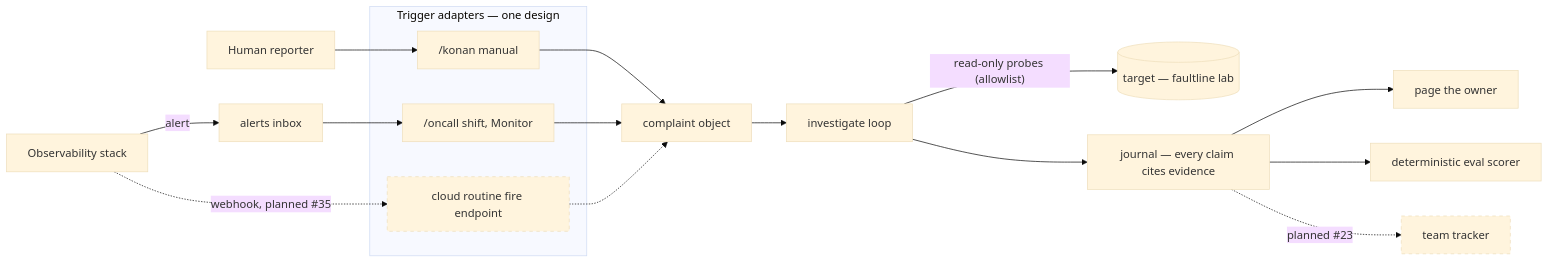
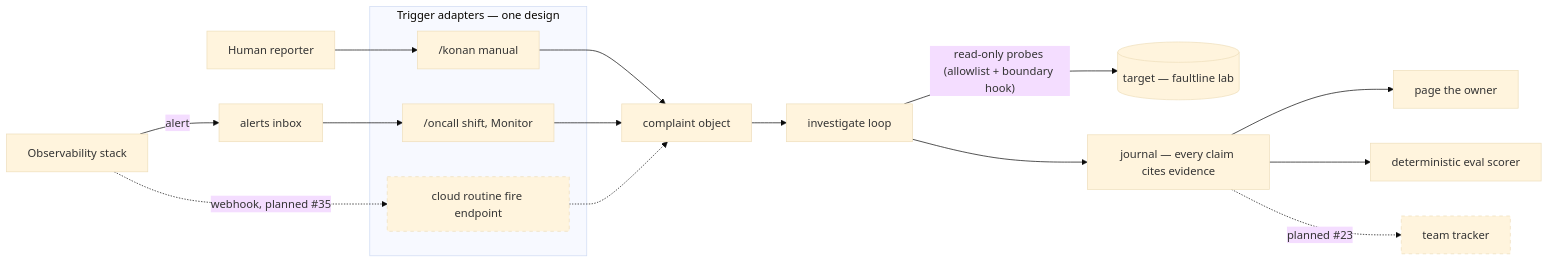
One commit to lyudmylan/konan changed the first of 3 diagrams in docs/architecture.md. Above: the diagram before and after it, drawn with Mermaid (base theme). The commit also changed other lines of this file and 7 other files, not shown here.

First line of the commit message:
Boundary hook: content-based PreToolUse guard with a denial tripwire (#48)

````diff
--- a/docs/architecture.md
+++ b/docs/architecture.md
@@ -15,28 +16,28 @@
 ```mermaid
 flowchart LR
   human[Human reporter] --> konancmd
   stack[Observability stack] -->|alert| inbox[alerts inbox]
   stack -.->|webhook, planned #35| fire
 
   subgraph adapters[Trigger adapters — one design]
     konancmd["/konan manual"]
     shift["/oncall shift, Monitor"]
     fire["cloud routine fire endpoint"]
   end
   inbox --> shift
 
   konancmd --> c[complaint object]
   shift --> c
   fire -.-> c
 
   c --> loop[investigate loop]
-  loop -->|"read-only probes (allowlist)"| target[("target — faultline lab")]
+  loop -->|"read-only probes (allowlist + boundary hook)"| target[("target — faultline lab")]
   loop --> journal[journal — every claim cites evidence]
 
   journal --> page[page the owner]
   journal --> scorer[deterministic eval scorer]
   journal -.->|planned #23| tracker[team tracker]
 
   classDef planned stroke-dasharray: 5 5
   class fire,tracker planned
 ```
````
